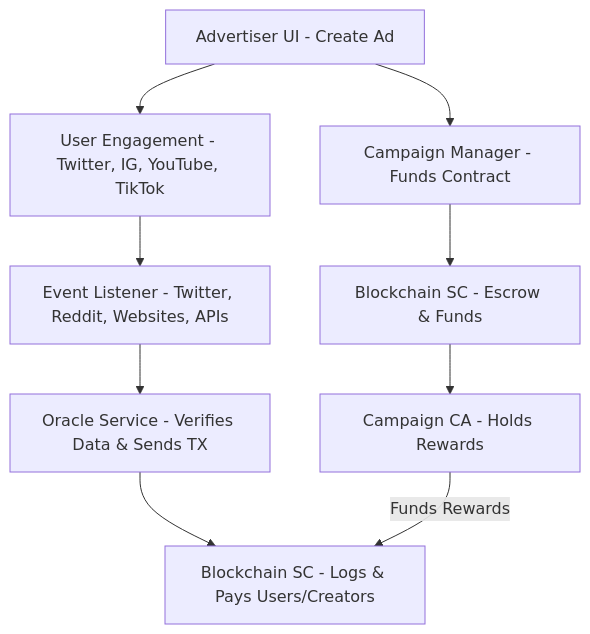
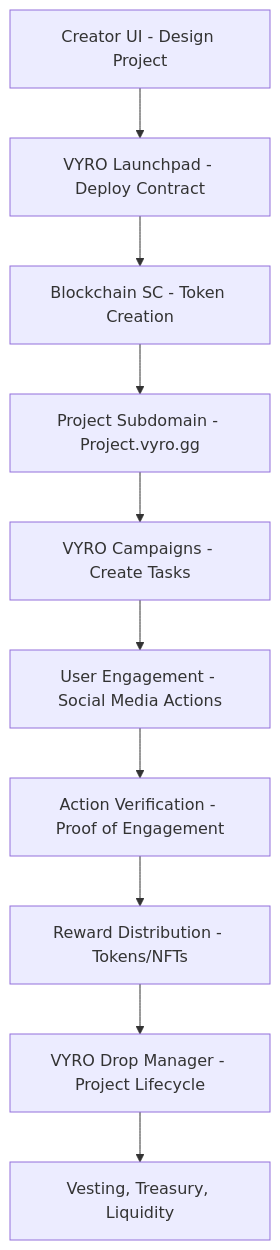
Before and after one commit to vyro-gg/vyro: the diagram in README.md, drawn with Mermaid. The commit also changed other lines of this file, not shown here.

````diff
--- a/README.md
+++ b/README.md
@@ -24,17 +72,19 @@
 ```mermaid
 graph TD;
-    %% Advertiser Flow
-    A[Advertiser UI - Create Ad] --> B[Campaign Manager - Funds Contract]
-    B --> C[Blockchain SC - Escrow & Funds]
-    C --> D[Campaign CA - Holds Rewards]
-    A --> E
-
-    %% User Engagement Flow
-    E[User Engagement - Twitter, IG, YouTube, TikTok] --> F[Event Listener - Twitter, Reddit, Websites, APIs]
-    F --> G[Oracle Service - Verifies Data & Sends TX]
-    G --> H[Blockchain SC - Logs & Pays Users/Creators]
-
-    %% Connecting Advertiser Flow to User Engagement Flow
-    D -->|Funds Rewards| H
-
+    %% Creator Flow
+    A[Creator UI - Design Project] --> B[VYRO Launchpad - Deploy Contract]
+    B --> C[Blockchain SC - Token Creation]
+    C --> D[Project Subdomain - Project.vyro.gg]
+    
+    %% Campaign Flow
+    E[VYRO Campaigns - Create Tasks] --> F[User Engagement - Social Media Actions]
+    F --> G[Action Verification - Proof of Engagement]
+    G --> H[Reward Distribution - Tokens/NFTs]
+    
+    %% Project Management Flow
+    I[VYRO Drop Manager - Project Lifecycle] --> J[Vesting, Treasury, Liquidity]
+    
+    %% Connecting Flows
+    D --> E
+    H --> I
 ```
````
